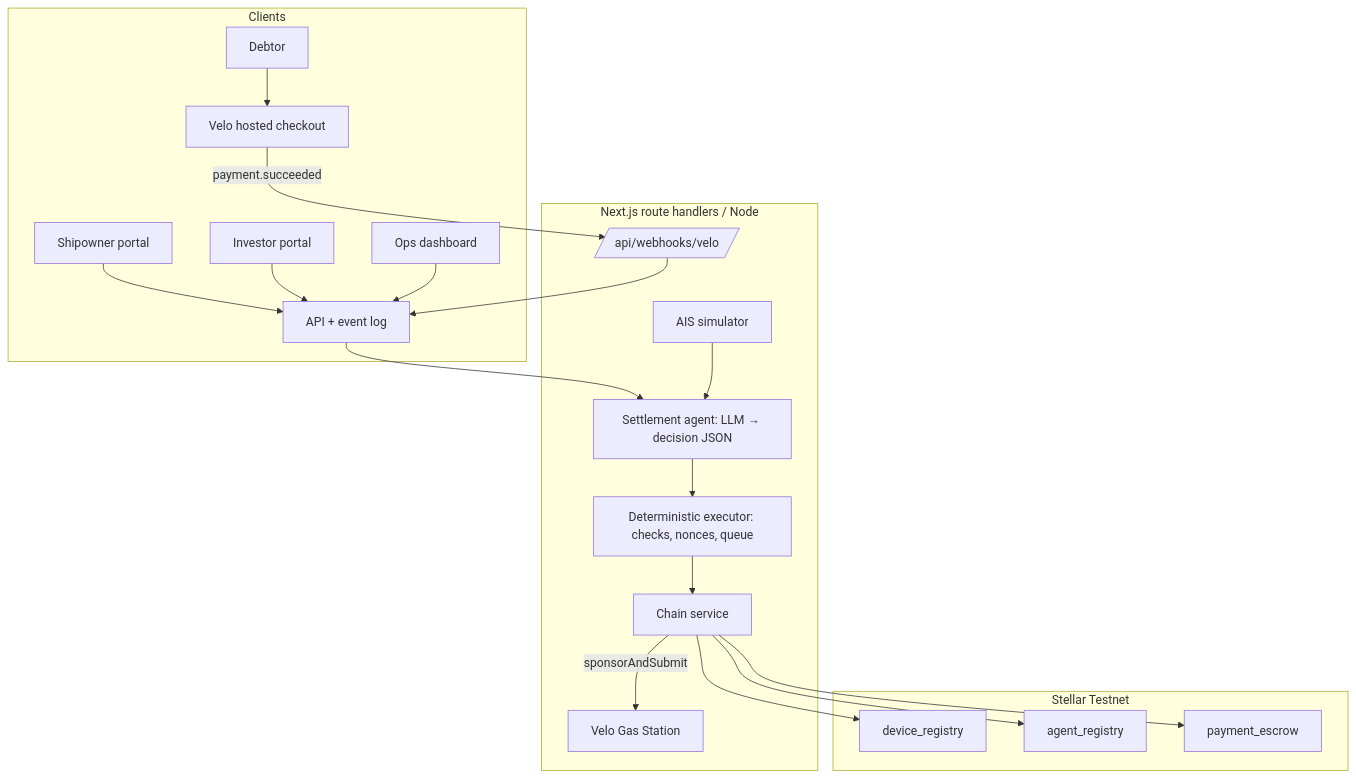
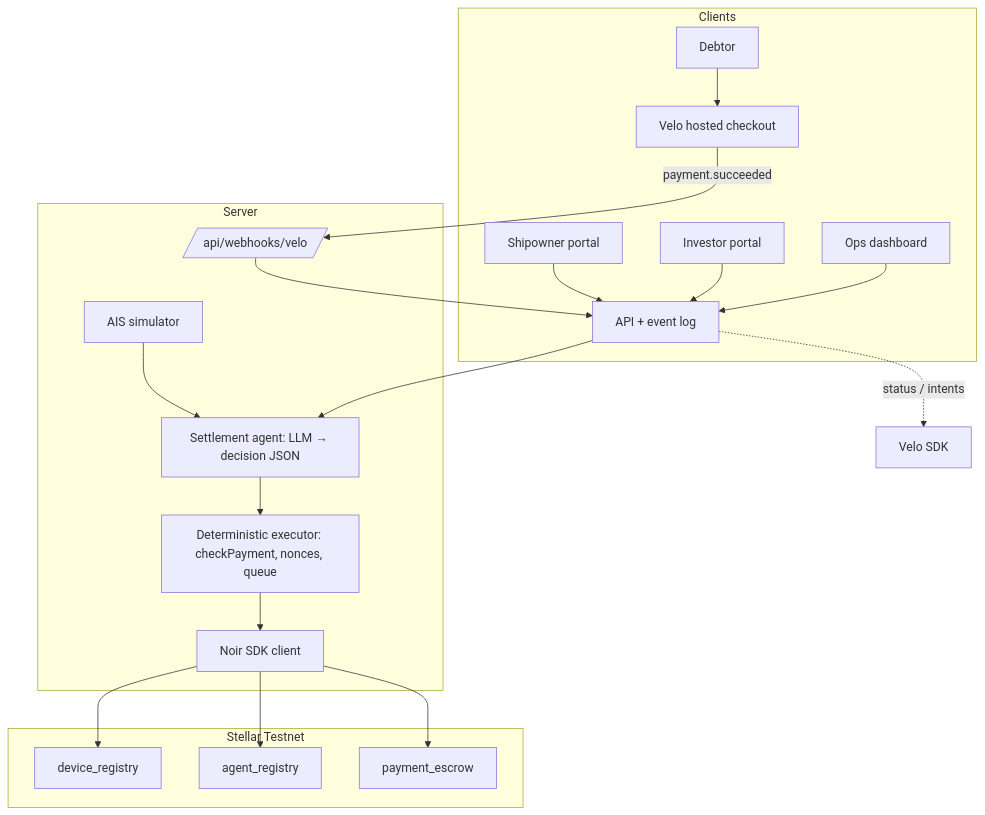
The second of 2 diagrams in PRD.md (pdyntech/noirxvelo), drawn with Mermaid before and after one commit. The commit also changed other lines of this file, not shown here.

````diff
--- a/PRD.md
+++ b/PRD.md
@@ -425,23 +558,24 @@
 ```mermaid
 graph TD
   subgraph Clients
     SO[Shipowner portal] --> API
     LP[Investor portal] --> API
     OPS[Ops dashboard] --> API
     DEB[Debtor] --> VCO[Velo hosted checkout]
   end
-  subgraph Backend [Next.js route handlers / Node]
+  subgraph Server
     API[API + event log] --> AG[Settlement agent: LLM → decision JSON]
-    AG --> EX[Deterministic executor: checks, nonces, queue]
+    AG --> EX[Deterministic executor: checkPayment, nonces, queue]
     SIM[AIS simulator] --> AG
     WH[/api/webhooks/velo/] --> API
     VCO -- payment.succeeded --> WH
-    EX --> CS[Chain service]
-    CS -- sponsorAndSubmit --> GS[Velo Gas Station]
+    EX --> NS[Noir SDK client]
   end
   subgraph Stellar Testnet
-    CS --> DR[device_registry]
-    CS --> AR[agent_registry]
-    CS --> PE[payment_escrow]
+    NS --> DR[device_registry]
+    NS --> AR[agent_registry]
+    NS --> PE[payment_escrow]
   end
+  API -. status / intents .-> VELO[Velo SDK]
+
 ```
````
